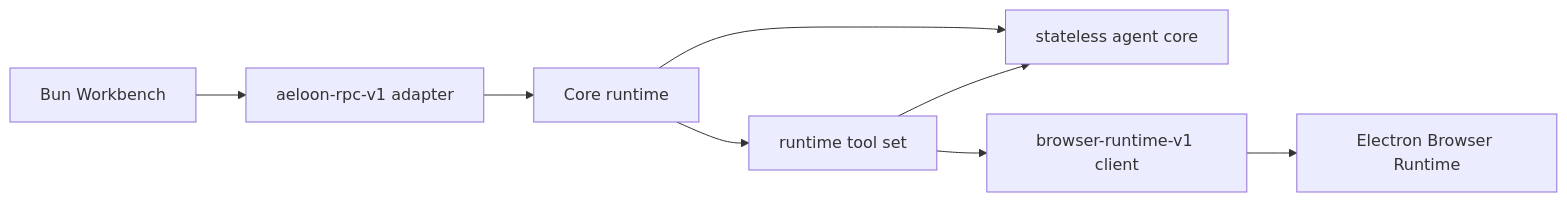
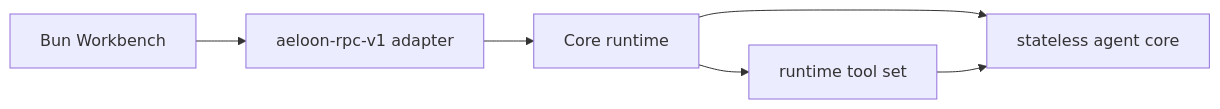
The diagram in docs/architecture.md (AetherHeart-AI/Aeloon-runtime), drawn with Mermaid before and after one commit. The commit also changed other lines of this file and 21 other files, not shown here.

Commit message:
refactor(runtime): remove browser capability

````diff
--- a/docs/architecture.md
+++ b/docs/architecture.md
@@ -6,10 +6,8 @@
 ```mermaid
 flowchart LR
     Workbench["Bun Workbench"] --> RPC["aeloon-rpc-v1 adapter"]
     RPC --> Runtime["Core runtime"]
     Runtime --> Agent["stateless agent core"]
     Runtime --> Tools["runtime tool set"]
     Tools --> Agent
-    Tools --> BrowserPort["browser-runtime-v1 client"]
-    BrowserPort --> BrowserRuntime["Electron Browser Runtime"]
 ```
````
